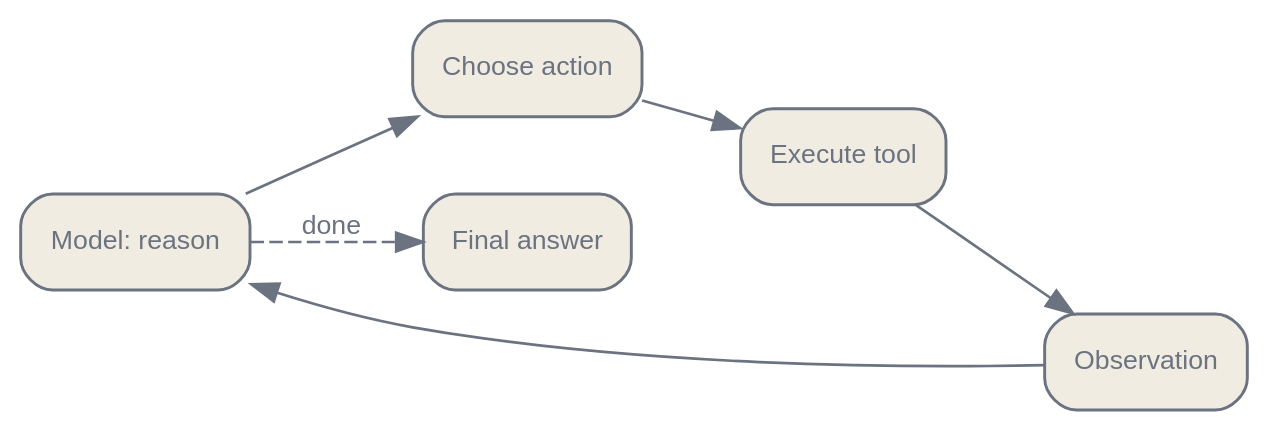
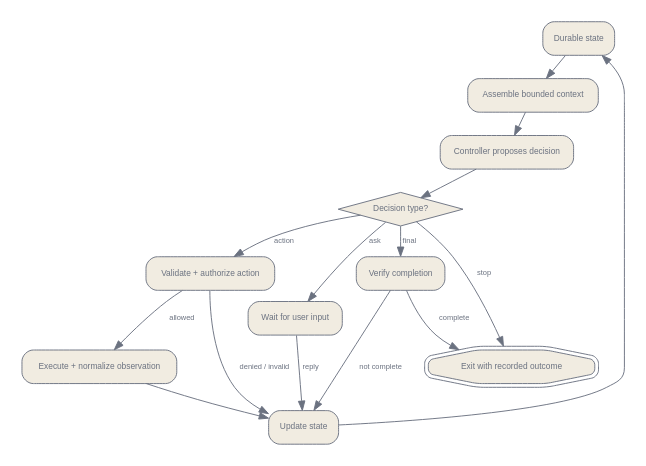
The diagram in en/orchestration/02-agent-architectures.qmd (latere-ai/ai-as-an-infrastructure), drawn with Graphviz before and after one commit. The commit also changed other lines of this file and 4 other files, not shown here.

Commit message:
docs: rewrite agent architectures

````diff
--- a/en/orchestration/02-agent-architectures.qmd
+++ b/en/orchestration/02-agent-architectures.qmd
@@ -104,21 +88,36 @@
 ```{dot}
 //| label: fig-agent-architectures-react-loop
-//| fig-cap: "The reason-and-act loop. Each turn the model reasons, chooses an action, and folds the observation back in before reasoning again, after Yao et al. (2023)."
+//| fig-cap: "A closed agent loop. State is assembled into context; the controller proposes a typed decision; the runtime handles questions, guarded actions, final responses, and stop conditions explicitly."
 digraph {
     bgcolor="transparent";
-    rankdir=LR;
-    nodesep=0.4; ranksep=0.5;
-    node [shape=box, style="rounded,filled", fontname="Helvetica", fontsize=10, color="#6b7280", fontcolor="#6b7280", fillcolor="#f1ece1", penwidth=1.1];
-    edge [fontsize=10, fontname="Helvetica", color="#6b7280", fontcolor="#6b7280"];
-    M [label="Model: reason"];
-    A [label="Choose action"];
-    T [label="Execute tool"];
-    O [label="Observation"];
-    F [label="Final answer"];
-    M -> A;
-    A -> T;
-    T -> O;
-    O -> M;
-    M -> F [style=dashed, label="done"];
+    rankdir=TB;
+    size="3.2,8.0";
+    nodesep=0.25; ranksep=0.32;
+    node [shape=box, style="rounded,filled", fontname="Helvetica", fontsize=9, color="#6b7280", fontcolor="#6b7280", fillcolor="#f1ece1", penwidth=1.0];
+    edge [fontsize=8, fontname="Helvetica", color="#6b7280", fontcolor="#6b7280"];
+
+    S [label="Durable state"];
+    C [label="Assemble bounded context"];
+    P [label="Controller proposes decision"];
+    D [label="Decision type?", shape=diamond, style=filled];
+    G [label="Validate + authorize action"];
+    E [label="Execute + normalize observation"];
+    Q [label="Wait for user input"];
+    V [label="Verify completion"];
+    U [label="Update state"];
+    X [label="Exit with recorded outcome", shape=doubleoctagon];
+
+    S -> C -> P -> D;
+    D -> G [label="action"];
+    G -> E [label="allowed"];
+    G -> U [label="denied / invalid"];
+    E -> U;
+    D -> Q [label="ask"];
+    Q -> U [label="reply"];
+    D -> V [label="final"];
+    V -> X [label="complete"];
+    V -> U [label="not complete"];
+    D -> X [label="stop"];
+    U -> S;
 }
 ```
````
